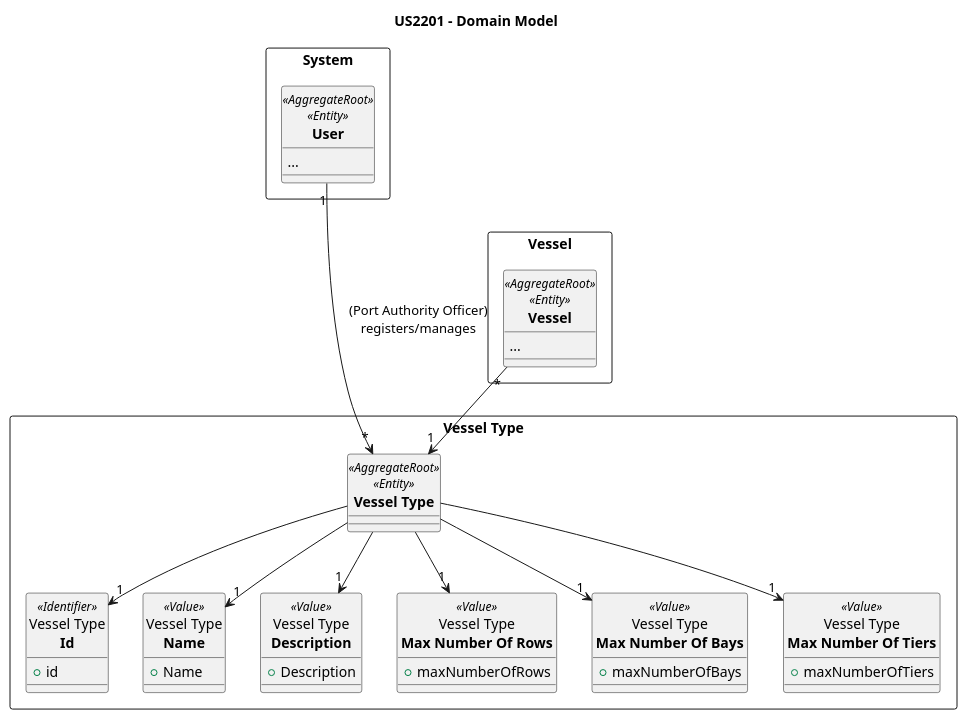
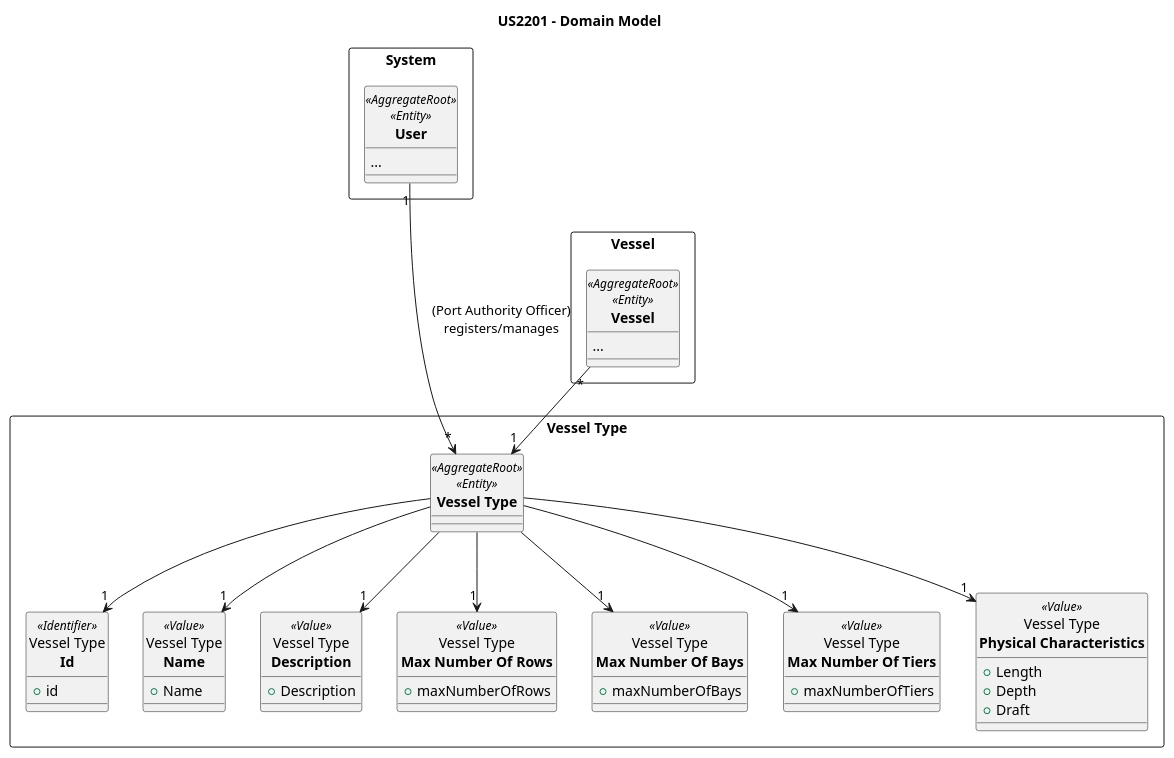
Before and after one commit to BernasDzn/portit: the diagram in docs/sprint_1/us2201/design/ddd_domain/domain_model.puml, drawn with PlantUML. The commit also changed 3 other files, not shown here.

```diff
--- a/docs/sprint_1/us2201/design/ddd_domain/domain_model.puml
+++ b/docs/sprint_1/us2201/design/ddd_domain/domain_model.puml
@@ -1,65 +1,71 @@
 @startuml US2201_Domain_Model
 title US2201 - Domain Model
 hide circle
 
 rectangle "System"{
 	class "**User**" as user <<AggregateRoot>><<Entity>>
 	{
 		...
 	}
 }
 
 rectangle "Vessel" {
 	class "**Vessel**" as vessel <<AggregateRoot>><<Entity>>
 	{
 		...
 	}
 }
 
 rectangle "Vessel Type"{
 	class "**Vessel Type**" as vessel_type <<AggregateRoot>><<Entity>>
 	{
 	}
 
 	class "Vessel Type\n**Id**" as vessel_type_id <<Identifier>>
 	{
 		+ id
 	}
 
 	class "Vessel Type\n**Name**" as vessel_type_name <<Value>>
 	{
 		+ Name
 	}
 
 	class "Vessel Type\n**Description**" as vessel_type_description <<Value>>
 	{
 		+ Description
 	}
 	class "Vessel Type\n**Max Number Of Rows**" as vessel_type_max_nr <<Value>>
 	{
 		+ maxNumberOfRows
 	}
 	class "Vessel Type\n**Max Number Of Bays**" as vessel_type_max_nb <<Value>>
 	{
 		+ maxNumberOfBays
 	}
 	class "Vessel Type\n**Max Number Of Tiers**" as vessel_type_max_nt <<Value>>
 	{
 		+ maxNumberOfTiers
 	}
 
+	class "Vessel Type\n**Physical Characteristics**" as vessel_type_physical_char <<Value>>
+	{
+		+ Length
+		+ Depth
+		+ Draft
+	}
 }
 
 user "1" ---> "*" vessel_type : "(Port Authority Officer)\nregisters/manages"
 
 vessel "*" --> "1" vessel_type
 
 vessel_type --> "1" vessel_type_id
 vessel_type --> "1" vessel_type_name
 vessel_type --> "1" vessel_type_description
 vessel_type --> "1" vessel_type_max_nr
 vessel_type --> "1" vessel_type_max_nb
 vessel_type --> "1" vessel_type_max_nt
-
+vessel_type --> "1" vessel_type_physical_char
 
 @enduml
```
